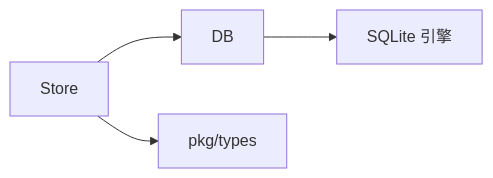
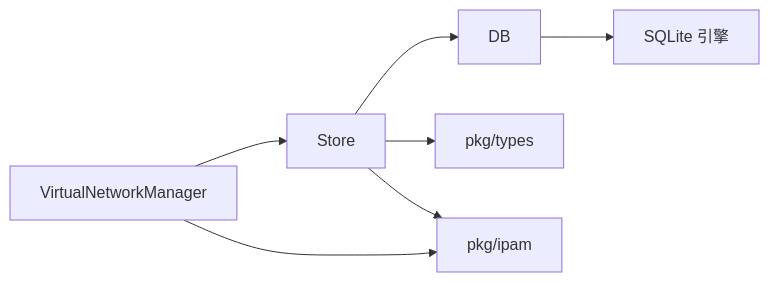
Before and after one commit to itsharex/NexTunnel: the fourth of 4 diagrams in .qoder/repowiki/zh/content/数据模型/数据模型.md, drawn with Mermaid. The commit also changed other lines of this file and 23 other files, not shown here.

````diff
--- a/.qoder/repowiki/zh/content/数据模型/数据模型.md
+++ b/.qoder/repowiki/zh/content/数据模型/数据模型.md
@@ -273,6 +433,9 @@
 ```mermaid
 graph LR
 Store["Store"] --> DB["DB"]
 Store --> Types["pkg/types"]
+Store --> IPAM["pkg/ipam"]
 DB --> SQLite["SQLite 引擎"]
+VirtualNetworkManager --> IPAM
+VirtualNetworkManager --> Store
 ```
````
